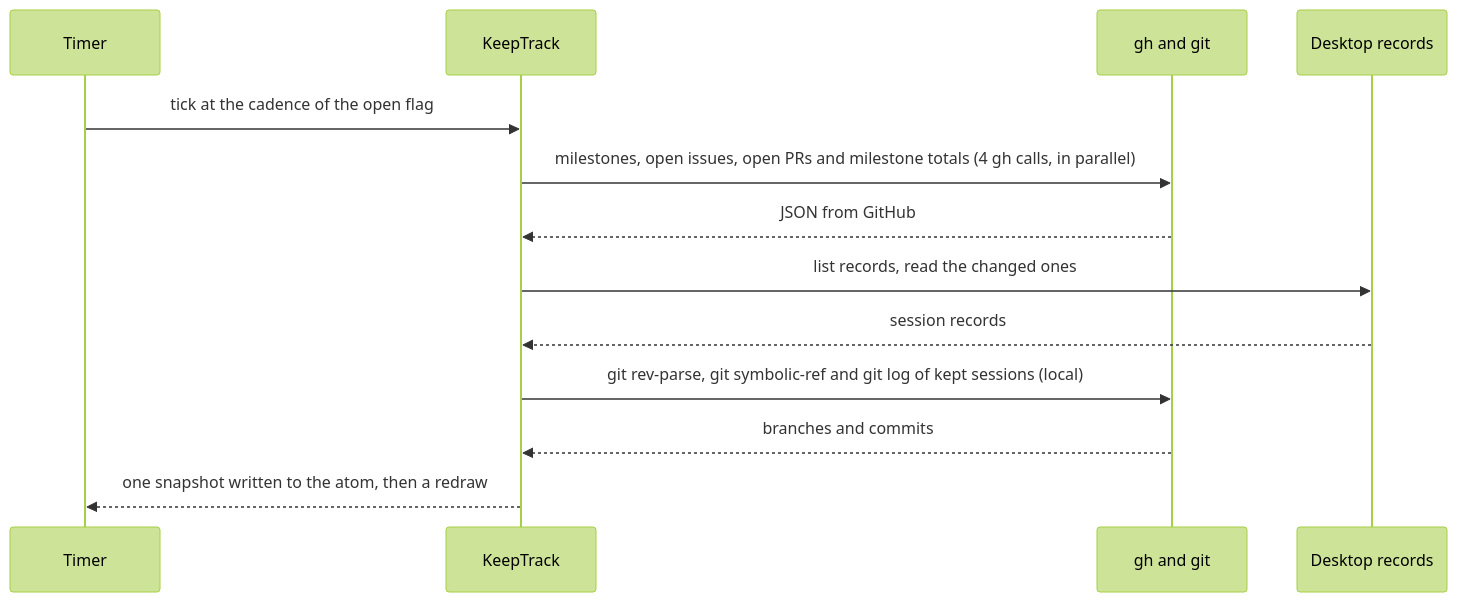
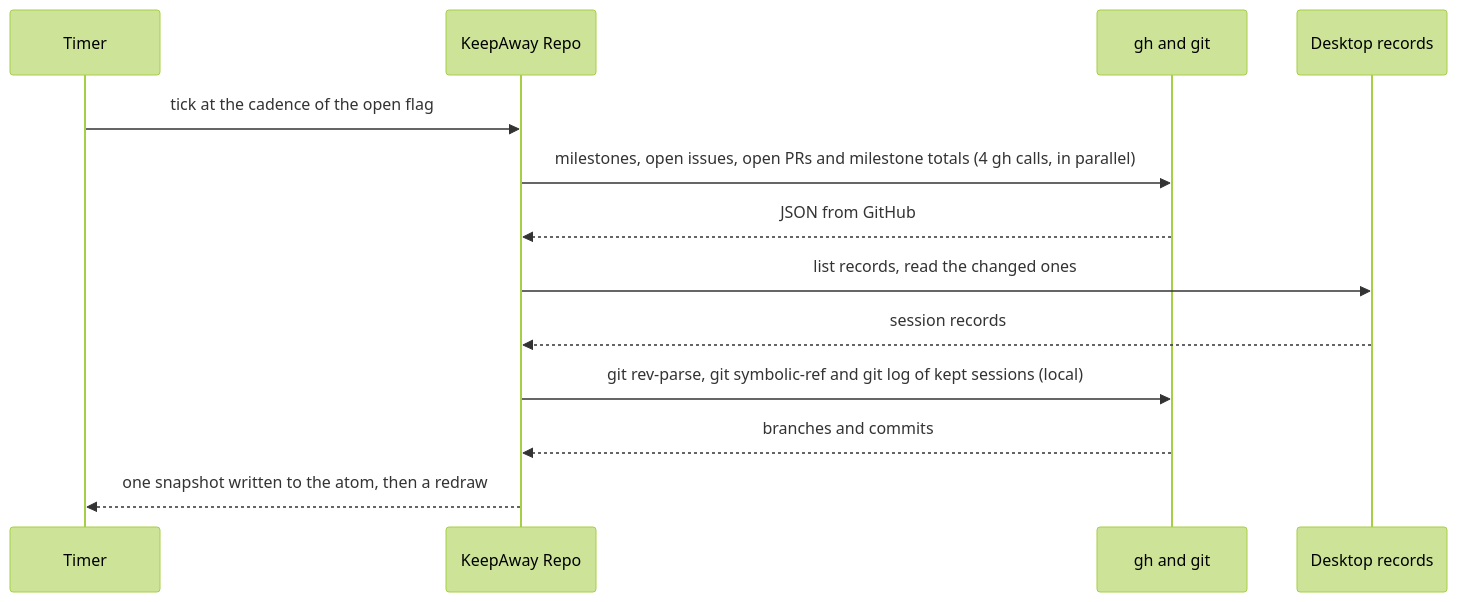
One commit to KeepGlide/keepaway-repo changed the second of 2 diagrams in README.md. Above: the diagram before and after it, drawn with Mermaid (forest theme). The commit also changed other lines of this file and 40 other files, not shown here.

First line of the commit message:
refactor(keepaway): rename KeepTrack to KeepAway Repo

````diff
--- a/README.md
+++ b/README.md
@@ -111,15 +111,15 @@
 ```mermaid
 sequenceDiagram
     participant T as Timer
-    participant K as KeepTrack
+    participant K as KeepAway Repo
     participant G as gh and git
     participant D as Desktop records
     T->>K: tick at the cadence of the open flag
     K->>G: milestones, open issues, open PRs and milestone totals (4 gh calls, in parallel)
     G-->>K: JSON from GitHub
     K->>D: list records, read the changed ones
     D-->>K: session records
     K->>G: git rev-parse, git symbolic-ref and git log of kept sessions (local)
     G-->>K: branches and commits
     K-->>T: one snapshot written to the atom, then a redraw
 ```
````
